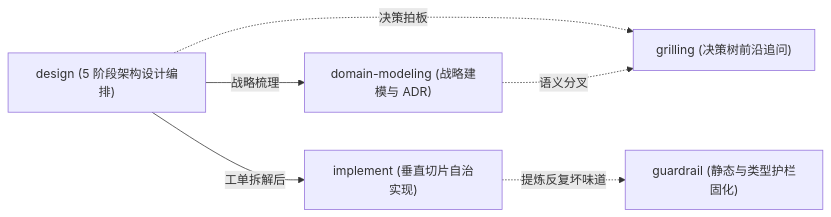
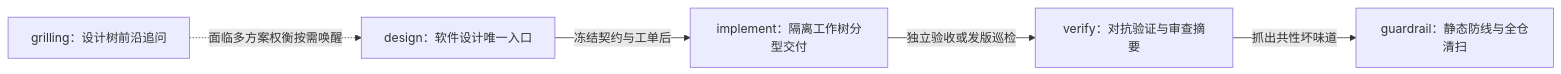
The diagram in README.md (taitide-labs/docs), drawn with Mermaid before and after one commit. The commit also changed other lines of this file and 14 other files, not shown here.

````diff
--- a/README.md
+++ b/README.md
@@ -9,14 +9,7 @@
 ```mermaid
 flowchart LR
-  G["grilling (决策树前沿追问)"]
-  DM["domain-modeling (战略建模与 ADR)"]
-  D["design (5 阶段架构设计编排)"]
-  I["implement (垂直切片自治实现)"]
-  R["guardrail (静态与类型护栏固化)"]
-
-  D -->|"战略梳理"| DM
-  D -.->|"决策拍板"| G
-  DM -.->|"语义分叉"| G
-  D -->|"工单拆解后"| I
-  I -.->|"提炼反复坏味道"| R
+  G["grilling：设计树前沿追问"] -. "面临多方案权衡按需唤醒" .-> D["design：软件设计唯一入口"]
+  D -->|"冻结契约与工单后"| I["implement：隔离工作树分型交付"]
+  I -->|"独立验收或发版巡检"| V["verify：对抗验证与审查摘要"]
+  V -->|"抓出共性坏味道"| R["guardrail：静态防线与全仓清扫"]
 ```
````
